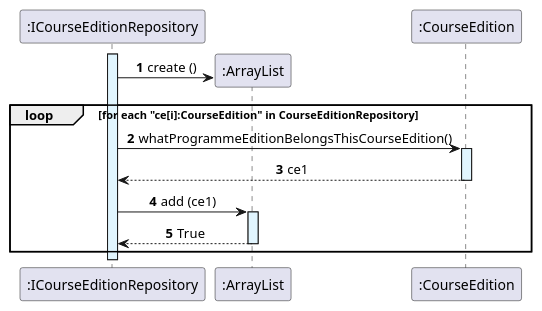
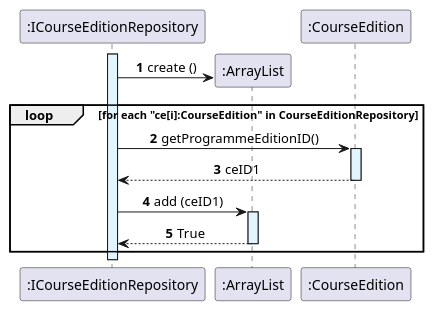
One commit to GasparISEP/DevOps-PAI changed the diagram in docs/US16/references/findCourseEditionsByProgammeEdition_Method.puml. Above: the diagram before and after it, drawn with PlantUML.

Commit message:
docs(sequence): refactor findCourseEditionsByProgrammeEdition_Method sequence diagram to use only CourseEdition ID (#84)

```diff
--- a/docs/US16/references/findCourseEditionsByProgammeEdition_Method.puml
+++ b/docs/US16/references/findCourseEditionsByProgammeEdition_Method.puml
@@ -1,26 +1,26 @@
 @startuml
 skinparam {
   ActivityPadding 2
   ActivityMargin 2
   BoxPadding 2
 }
 skinparam defaultTextAlignment center
 
 autonumber
 
 participant ":ICourseEditionRepository" as CourseEditionRepository
 activate CourseEditionRepository #E1F5FE
 create ":ArrayList"
 CourseEditionRepository -> ":ArrayList": create ()
 loop for each "ce[i]:CourseEdition" in CourseEditionRepository
 participant ":CourseEdition" as CourseEdition
-CourseEditionRepository -> CourseEdition :  whatProgrammeEditionBelongsThisCourseEdition()
+CourseEditionRepository -> CourseEdition :  getProgrammeEditionID()
 activate CourseEdition #E1F5FE
-CourseEdition --> CourseEditionRepository : ce1
+CourseEdition --> CourseEditionRepository : ceID1
 deactivate CourseEdition
-CourseEditionRepository -> ":ArrayList" :  add (ce1)
+CourseEditionRepository -> ":ArrayList" :  add (ceID1)
 activate ":ArrayList" #E1F5FE
 ":ArrayList" --> CourseEditionRepository: True
 deactivate ":ArrayList"
 end
 @enduml
```
